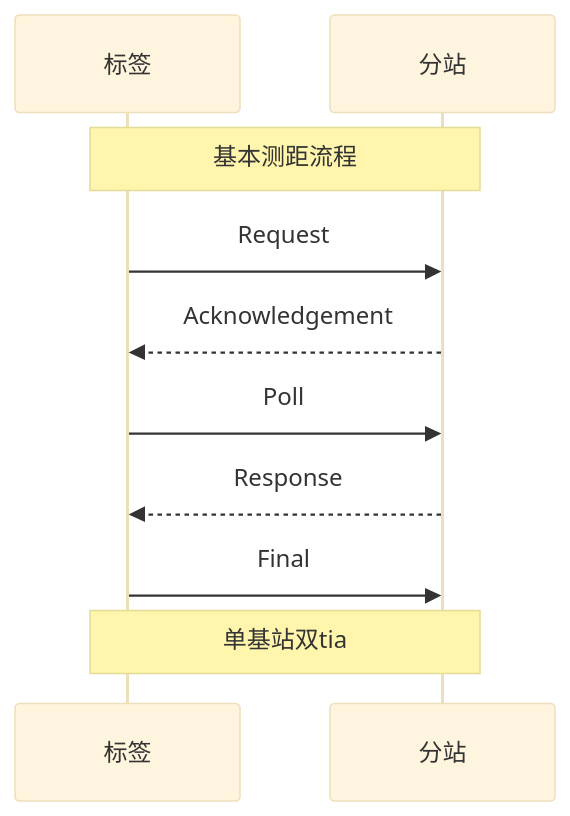
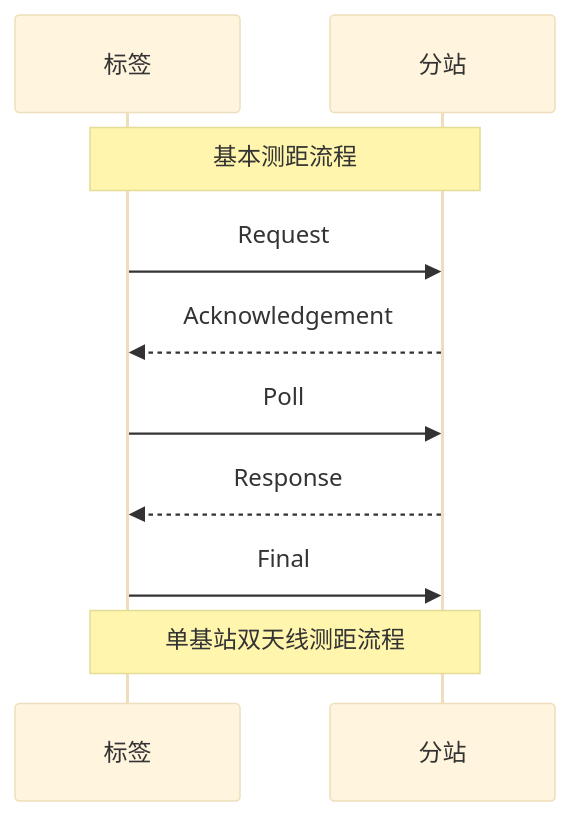
One commit to geek-zhao/iodraw-files changed the diagram in all/未命名.md. Above: the diagram before and after it, drawn with Mermaid (base theme).

Commit message:
2024-08-17 14:04:09 update

````diff
--- a/all/未命名.md
+++ b/all/未命名.md
@@ -1,15 +1,15 @@
 ```mermaid
 sequenceDiagram
     participant tag as 标签
     participant anchor as 分站
 
     Note over tag,anchor: 基本测距流程
 
     tag->>anchor: Request
     anchor-->>tag: Acknowledgement
     tag->>anchor: Poll
     anchor-->>tag: Response
     tag->>anchor: Final       
 
-    Note over tag,anchor: 单基站双tia
+    Note over tag,anchor: 单基站双天线测距流程
 ```
````
